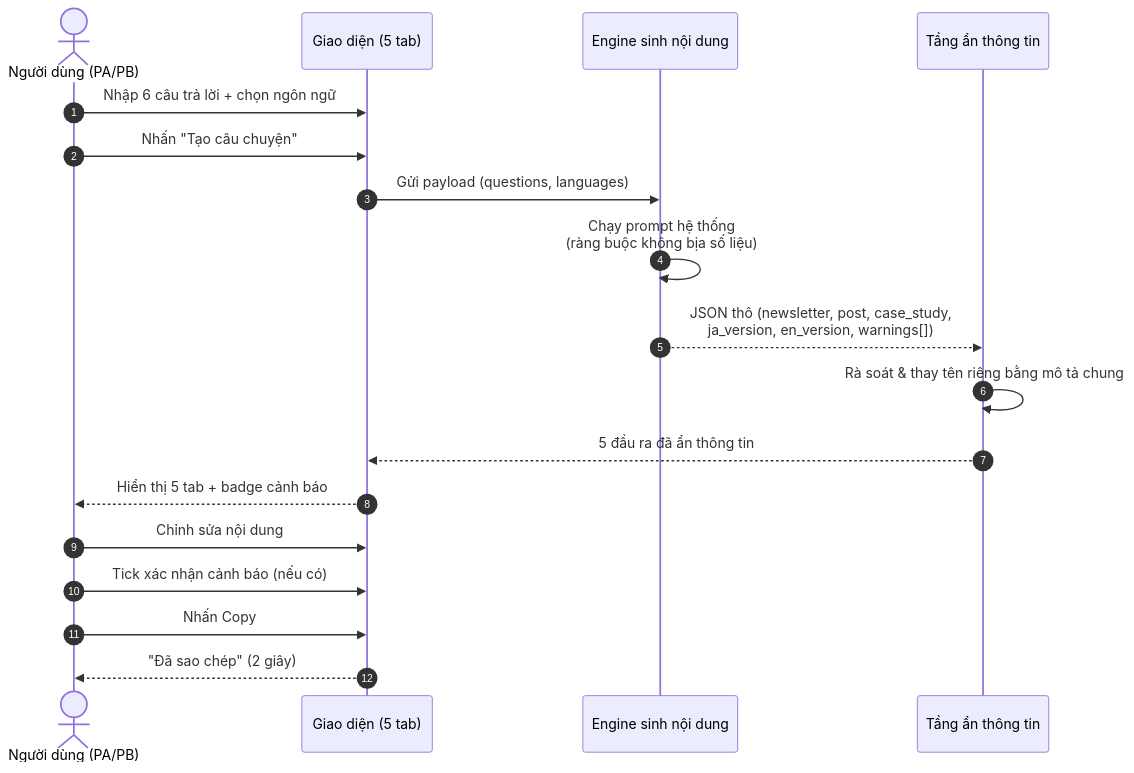
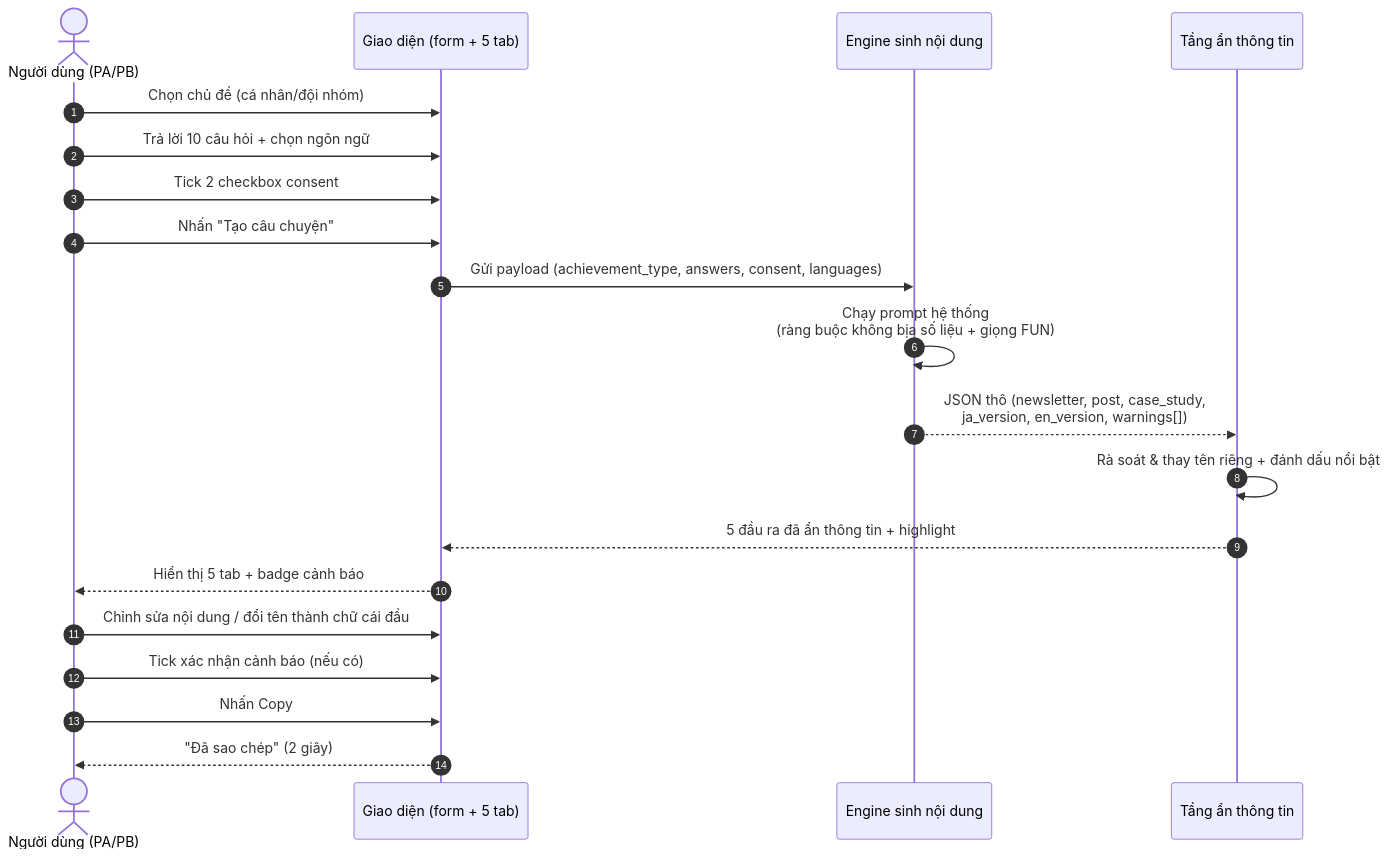
Before and after one commit to TrangVQ6/story-coders: the second of 6 diagrams in docs/04-process-flows.md, drawn with Mermaid. The commit also changed other lines of this file and 44 other files, not shown here.

````diff
--- a/docs/04-process-flows.md
+++ b/docs/04-process-flows.md
@@ -57,21 +62,23 @@
 ```mermaid
 sequenceDiagram
     autonumber
     actor PA as Người dùng (PA/PB)
-    participant UI as Giao diện (5 tab)
+    participant UI as Giao diện (form + 5 tab)
     participant GEN as Engine sinh nội dung
     participant MASK as Tầng ẩn thông tin
 
-    PA->>UI: Nhập 6 câu trả lời + chọn ngôn ngữ
+    PA->>UI: Chọn chủ đề (cá nhân/đội nhóm)
+    PA->>UI: Trả lời 10 câu hỏi + chọn ngôn ngữ
+    PA->>UI: Tick 2 checkbox consent
     PA->>UI: Nhấn "Tạo câu chuyện"
-    UI->>GEN: Gửi payload (questions, languages)
-    GEN->>GEN: Chạy prompt hệ thống<br/>(ràng buộc không bịa số liệu)
+    UI->>GEN: Gửi payload (achievement_type, answers, consent, languages)
+    GEN->>GEN: Chạy prompt hệ thống<br/>(ràng buộc không bịa số liệu + giọng FUN)
     GEN-->>MASK: JSON thô (newsletter, post, case_study,<br/>ja_version, en_version, warnings[])
-    MASK->>MASK: Rà soát & thay tên riêng bằng mô tả chung
-    MASK-->>UI: 5 đầu ra đã ẩn thông tin
+    MASK->>MASK: Rà soát & thay tên riêng + đánh dấu nổi bật
+    MASK-->>UI: 5 đầu ra đã ẩn thông tin + highlight
     UI-->>PA: Hiển thị 5 tab + badge cảnh báo
-    PA->>UI: Chỉnh sửa nội dung
+    PA->>UI: Chỉnh sửa nội dung / đổi tên thành chữ cái đầu
     PA->>UI: Tick xác nhận cảnh báo (nếu có)
     PA->>UI: Nhấn Copy
     UI-->>PA: "Đã sao chép" (2 giây)
 ```
````
